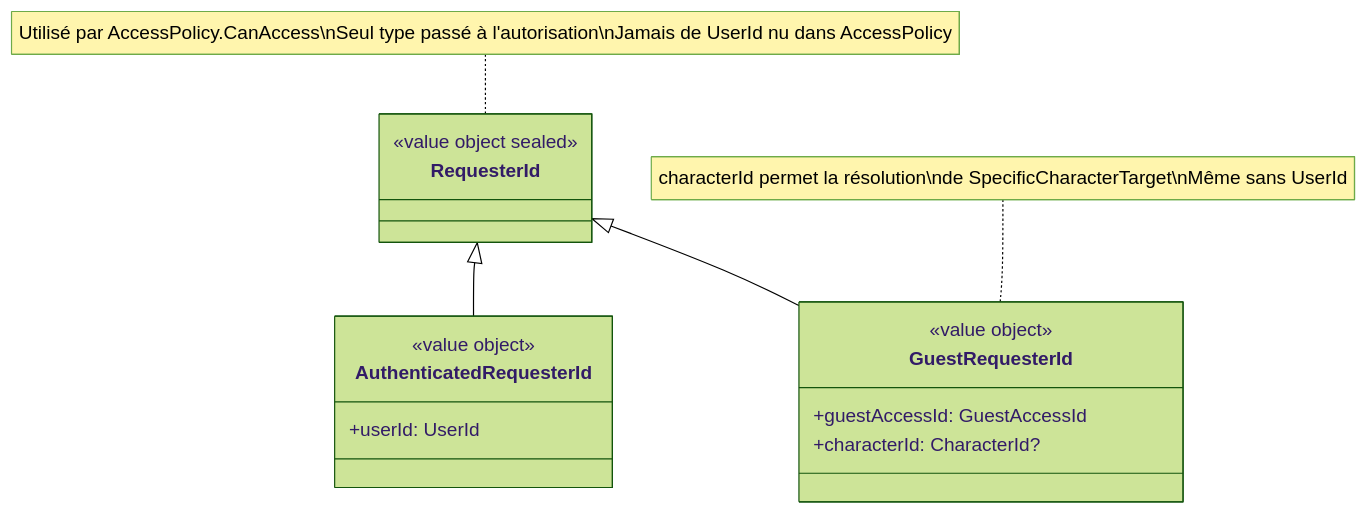
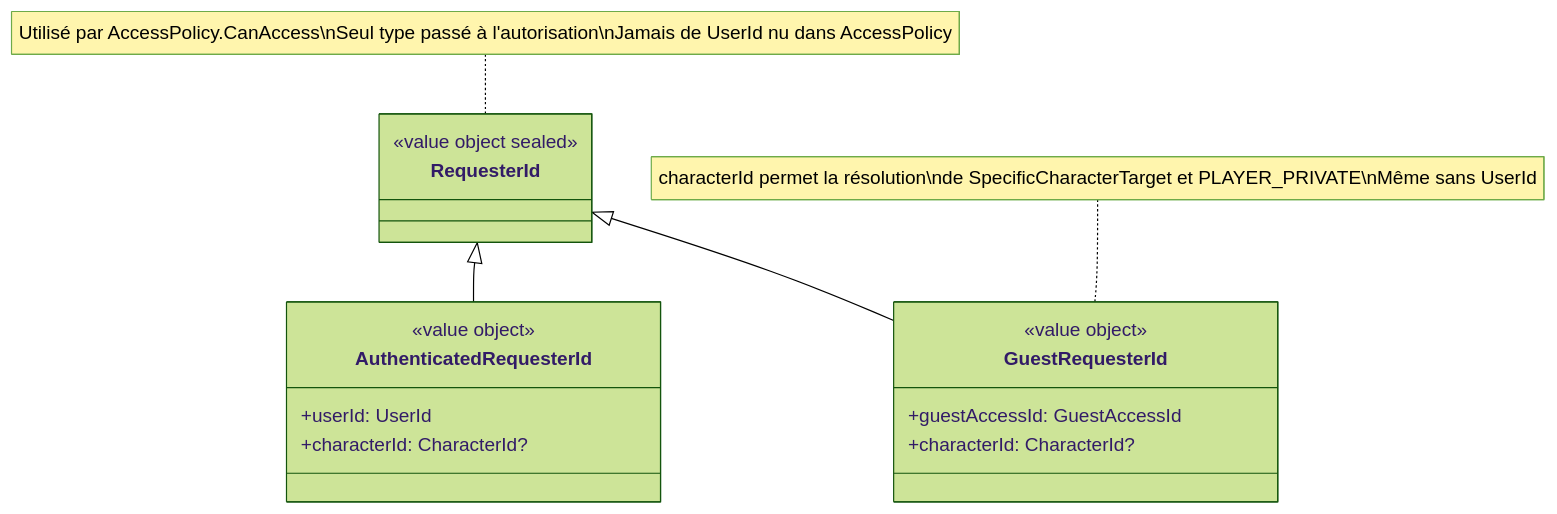
The second of 7 diagrams in docs/conception/DiagrammesClasses.md (2025-10-CDA-ECO-P6/PM-micro-saas), drawn with Mermaid (forest theme) before and after one commit. The commit also changed other lines of this file and 17 other files, not shown here.

````diff
--- a/docs/conception/DiagrammesClasses.md
+++ b/docs/conception/DiagrammesClasses.md
@@ -66,20 +66,21 @@
 ```mermaid
 classDiagram
     direction TB
     class RequesterId {
         <<value object sealed>>
     }
     class AuthenticatedRequesterId {
         <<value object>>
         +userId: UserId
+        +characterId: CharacterId?
     }
     class GuestRequesterId {
         <<value object>>
         +guestAccessId: GuestAccessId
         +characterId: CharacterId?
     }
     RequesterId <|-- AuthenticatedRequesterId
     RequesterId <|-- GuestRequesterId
     note for RequesterId "Utilisé par AccessPolicy.CanAccess\nSeul type passé à l'autorisation\nJamais de UserId nu dans AccessPolicy"
-    note for GuestRequesterId "characterId permet la résolution\nde SpecificCharacterTarget\nMême sans UserId"
+    note for GuestRequesterId "characterId permet la résolution\nde SpecificCharacterTarget et PLAYER_PRIVATE\nMême sans UserId"
 ```
````
